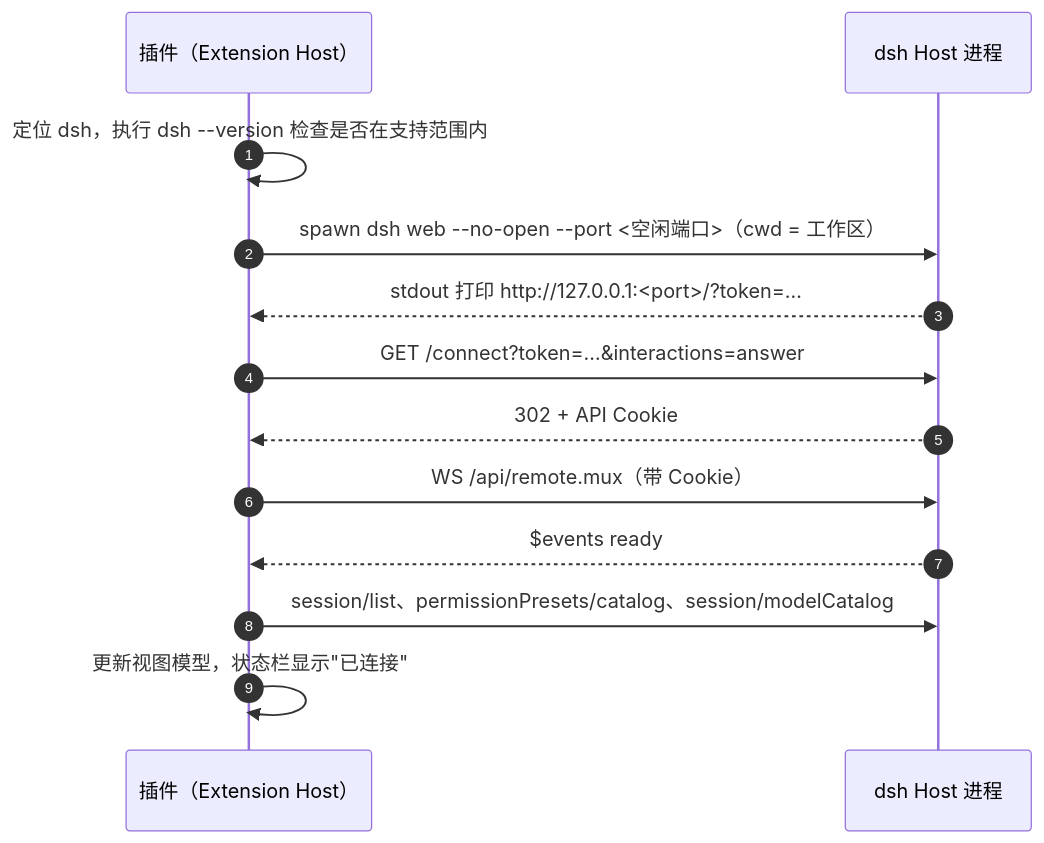
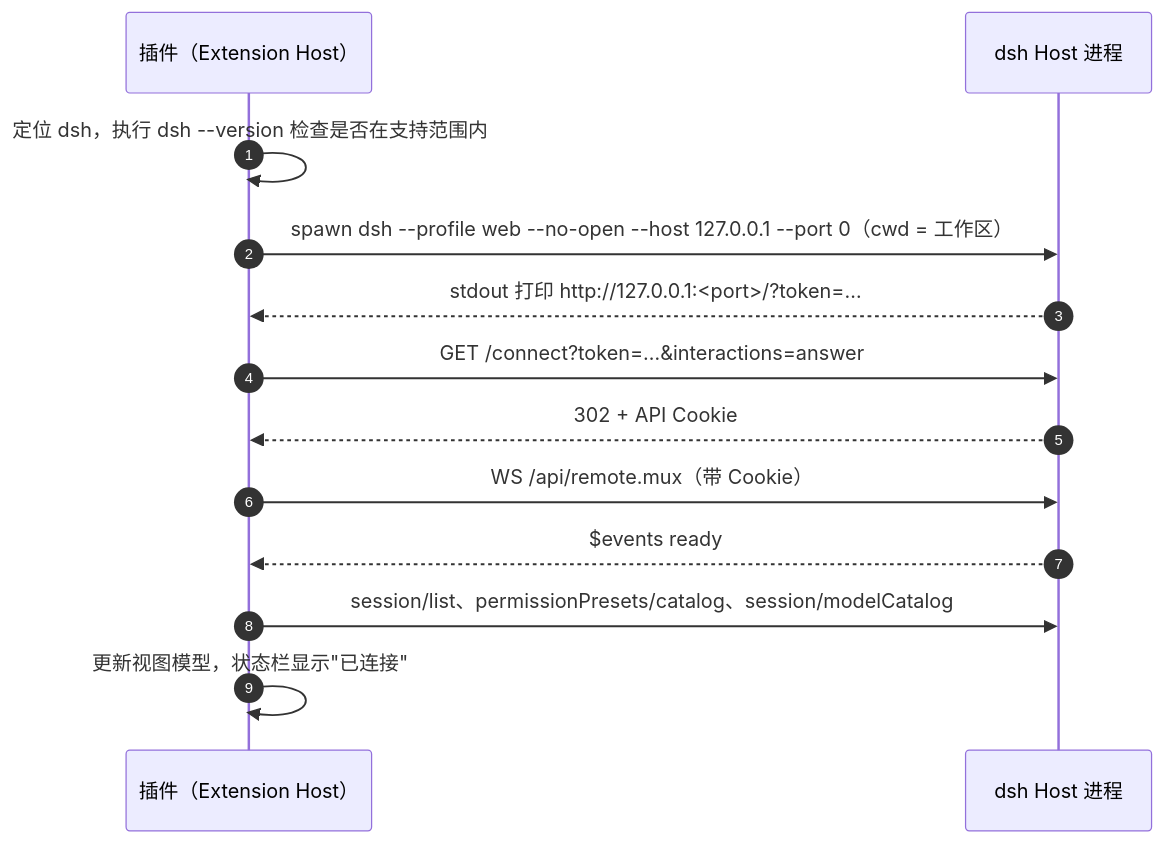
Before and after one commit to izrio/dsh-vscode-copilot: the second of 3 diagrams in docs/DESIGN.md, drawn with Mermaid. The commit also changed other lines of this file and 62 other files, not shown here.

````diff
--- a/docs/DESIGN.md
+++ b/docs/DESIGN.md
@@ -310,16 +312,16 @@
 ```mermaid
 sequenceDiagram
   autonumber
   participant P as 插件（Extension Host）
   participant D as dsh Host 进程
 
   P->>P: 定位 dsh，执行 dsh --version 检查是否在支持范围内
-  P->>D: spawn dsh web --no-open --port <空闲端口>（cwd = 工作区）
+  P->>D: spawn dsh --profile web --no-open --host 127.0.0.1 --port 0（cwd = 工作区）
   D-->>P: stdout 打印 http://127.0.0.1:<port>/?token=…
   P->>D: GET /connect?token=…&interactions=answer
   D-->>P: 302 + API Cookie
   P->>D: WS /api/remote.mux（带 Cookie）
   D-->>P: $events ready
   P->>D: session/list、permissionPresets/catalog、session/modelCatalog
   P->>P: 更新视图模型，状态栏显示"已连接"
 ```
````
